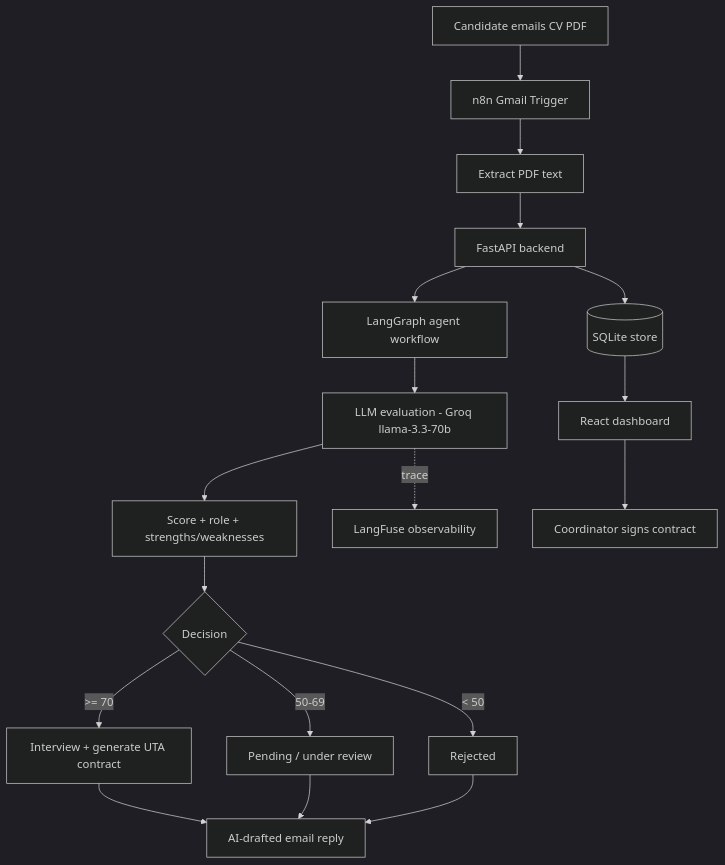
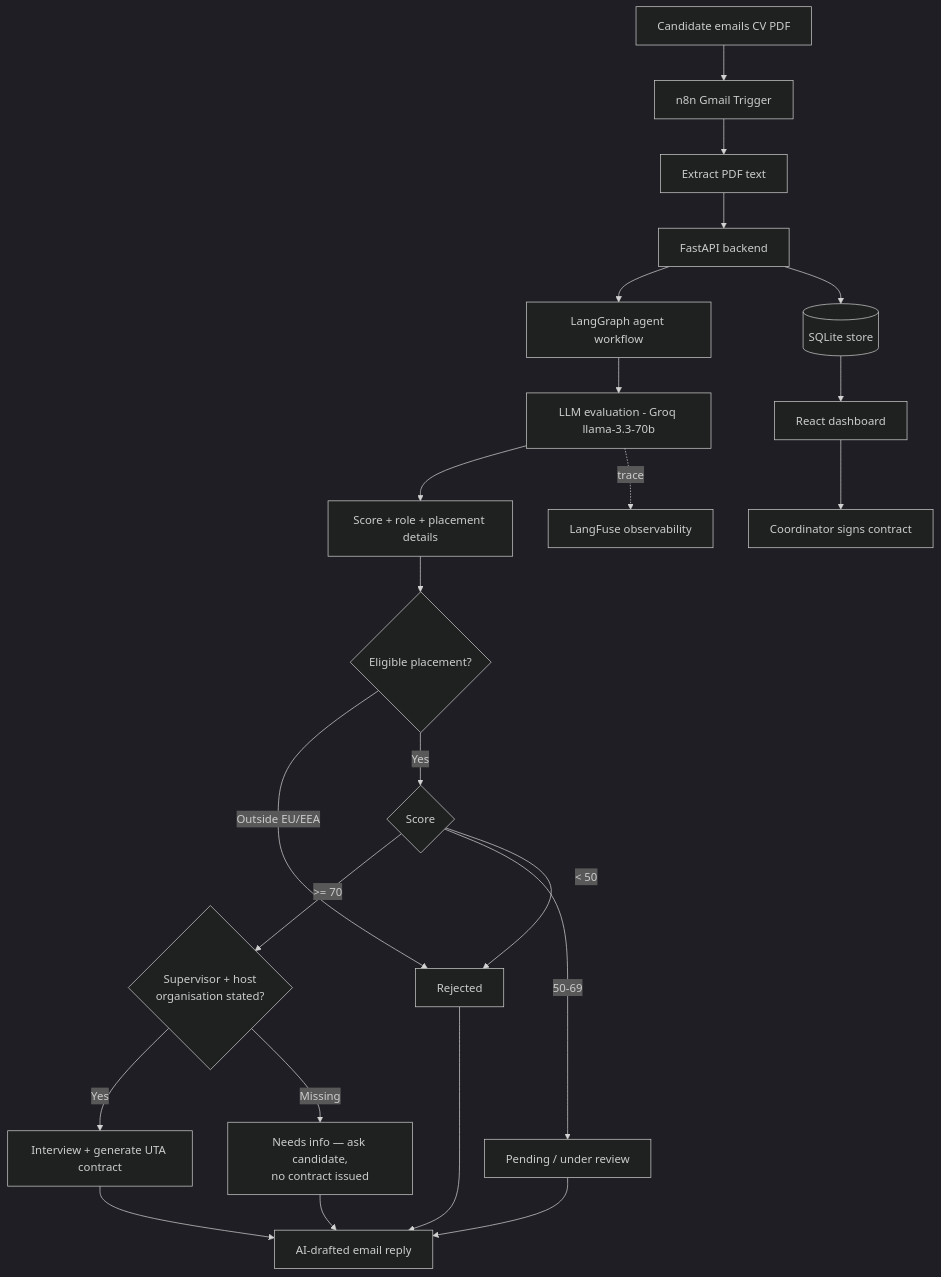
One commit to codcreater1/agentic-internship-coordinator changed the diagram in README.md. Above: the diagram before and after it, drawn with Mermaid (dark theme). The commit also changed other lines of this file, not shown here.

````diff
--- a/README.md
+++ b/README.md
@@ -50,20 +51,25 @@
 ```mermaid
 flowchart TD
     A[Candidate emails CV PDF] --> B[n8n Gmail Trigger]
     B --> C[Extract PDF text]
     C --> D[FastAPI backend]
     D --> E[LangGraph agent workflow]
     E --> F[LLM evaluation - Groq llama-3.3-70b]
-    F --> G[Score + role + strengths/weaknesses]
-    G --> H{Decision}
-    H -->|>= 70| I[Interview + generate UTA contract]
-    H -->|50-69| J[Pending / under review]
-    H -->|< 50| K[Rejected]
+    F --> G[Score + role + placement details]
+    G --> H{Eligible placement?}
+    H -->|Outside EU/EEA| K[Rejected]
+    H -->|Yes| Q{Score}
+    Q -->|>= 70| R{Supervisor + host<br/>organisation stated?}
+    Q -->|50-69| J[Pending / under review]
+    Q -->|< 50| K
+    R -->|Yes| I[Interview + generate UTA contract]
+    R -->|Missing| S[Needs info — ask candidate,<br/>no contract issued]
     I --> L[AI-drafted email reply]
     J --> L
     K --> L
+    S --> L
     D --> M[(SQLite store)]
     M --> N[React dashboard]
     N --> O[Coordinator signs contract]
     F -.trace.-> P[LangFuse observability]
 ```
````
